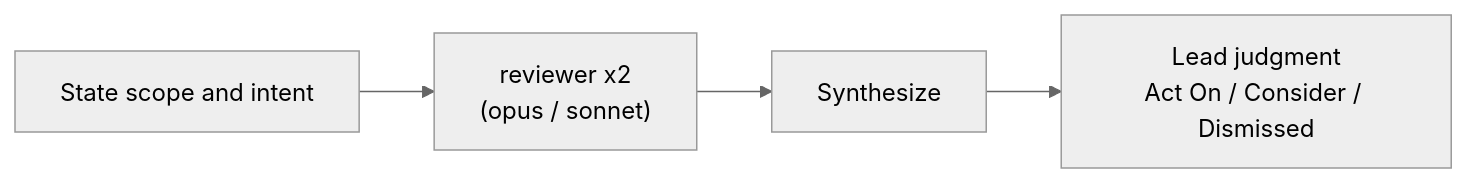
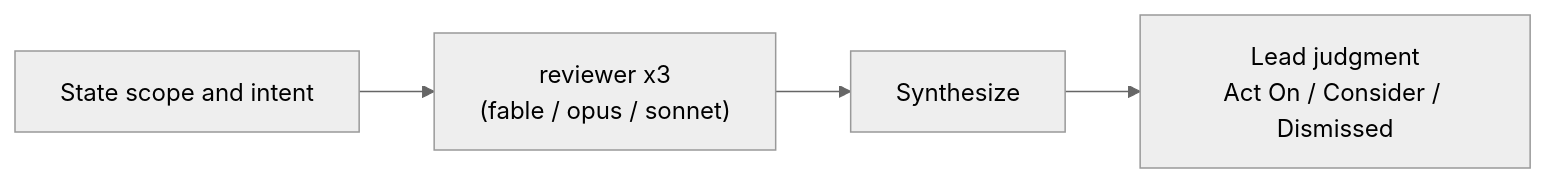
The seventh of 12 diagrams in pstack-cc/docs/skill-map.en.md (souljazzfunk/lab), drawn with Mermaid (neutral theme) before and after one commit. The commit also changed other lines of this file and 116 other files, not shown here.

````diff
--- a/pstack-cc/docs/skill-map.en.md
+++ b/pstack-cc/docs/skill-map.en.md
@@ -157,6 +149,6 @@
 ```mermaid
 flowchart LR
-  A[State scope and intent] --> B["reviewer x2<br/>(opus / sonnet)"]
+  A[State scope and intent] --> B["reviewer x3<br/>(fable / opus / sonnet)"]
   B --> C[Synthesize]
   C --> D["Lead judgment<br/>Act On / Consider / Dismissed"]
 ```
````
